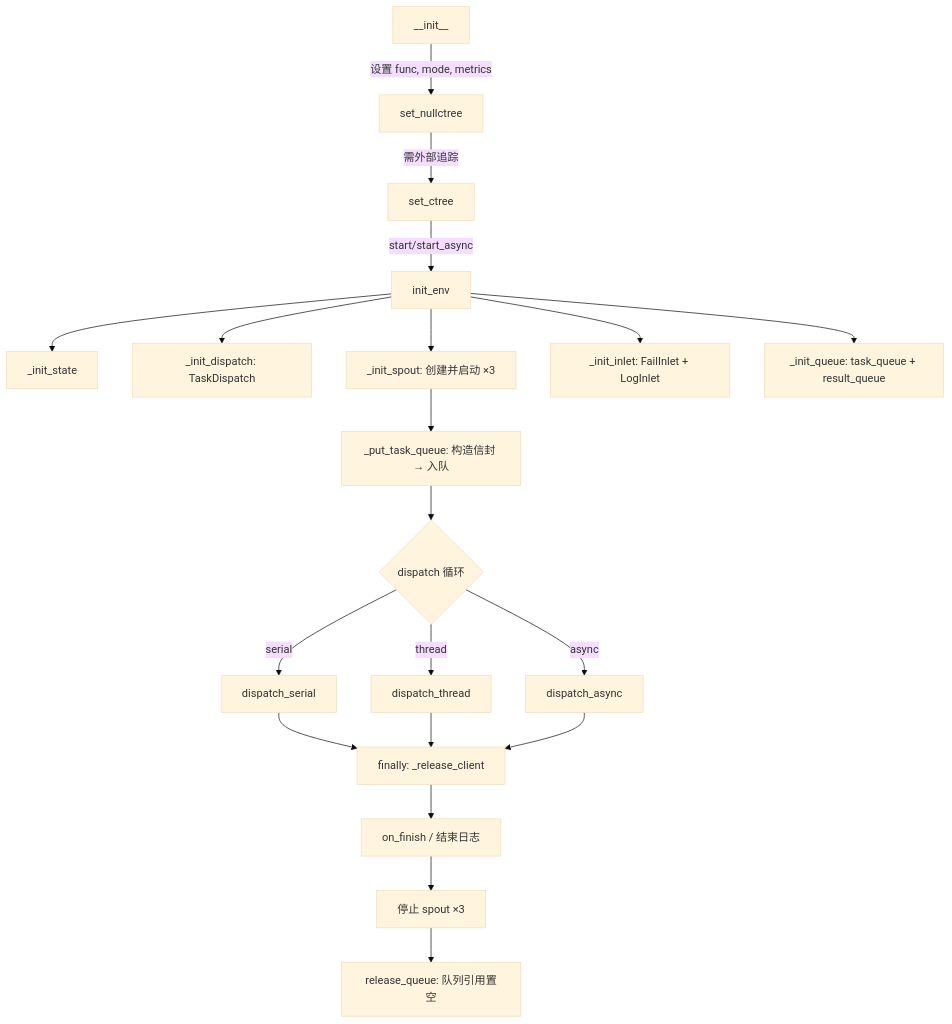
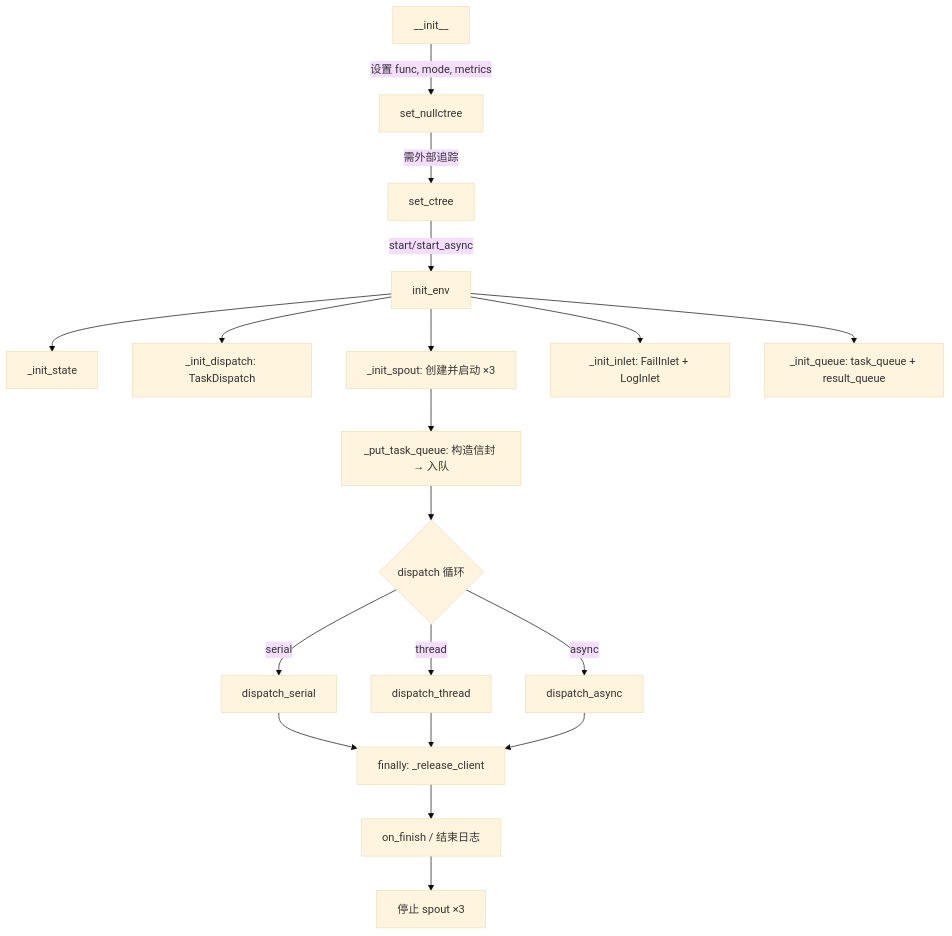
Before and after one commit to Mr-xiaotian/CelestialFlow: the diagram in docs/zh-CN/src/stage/core_executor.md, drawn with Mermaid (base theme). The commit also changed other lines of this file and 37 other files, not shown here.

````diff
--- a/docs/zh-CN/src/stage/core_executor.md
+++ b/docs/zh-CN/src/stage/core_executor.md
@@ -189,22 +180,22 @@
 ```mermaid
 flowchart TD
     INIT[__init__] -->|设置 func, mode, metrics| NULLCTREE[set_nullctree]
     NULLCTREE -->|需外部追踪| SETCTREE[set_ctree]
     SETCTREE -->|start/start_async| ENV[init_env]
     ENV --> STATE[_init_state]
     ENV --> DISPATCH_INIT[_init_dispatch: TaskDispatch]
     ENV --> SPOUT[_init_spout: 创建并启动 ×3]
     ENV --> INLET[_init_inlet: FailInlet + LogInlet]
     ENV --> QUEUE[_init_queue: task_queue + result_queue]
     SPOUT --> PUT[_put_task_queue: 构造信封 → 入队]
     PUT --> RUN{dispatch 循环}
     RUN -->|serial| SERIAL[dispatch_serial]
     RUN -->|thread| THREAD[dispatch_thread]
     RUN -->|async| ASYNC[dispatch_async]
     SERIAL --> CLEANUP[finally: _release_client]
     THREAD --> CLEANUP
     ASYNC --> CLEANUP
     CLEANUP --> NOTIFY[on_finish / 结束日志]
     NOTIFY --> STOP[停止 spout ×3]
-    STOP --> RELEASE[release_queue: 队列引用置空]
+
 ```
````
